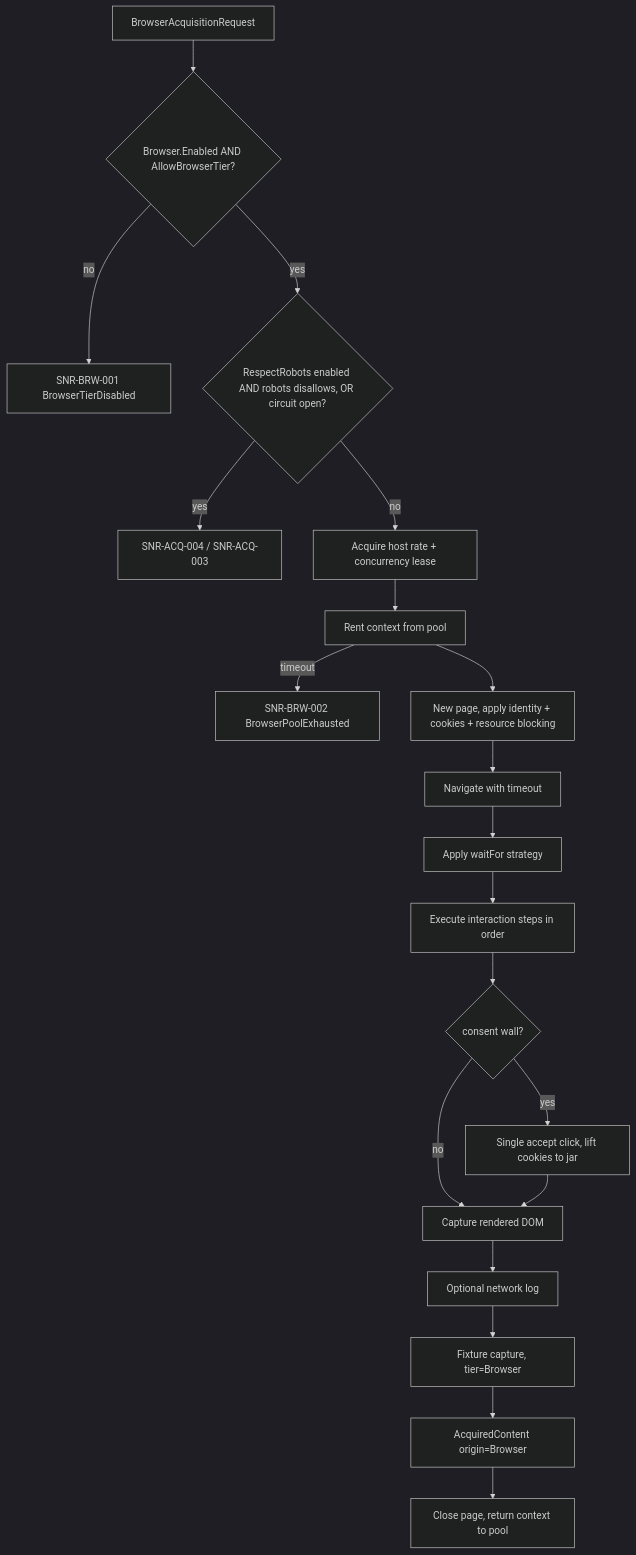
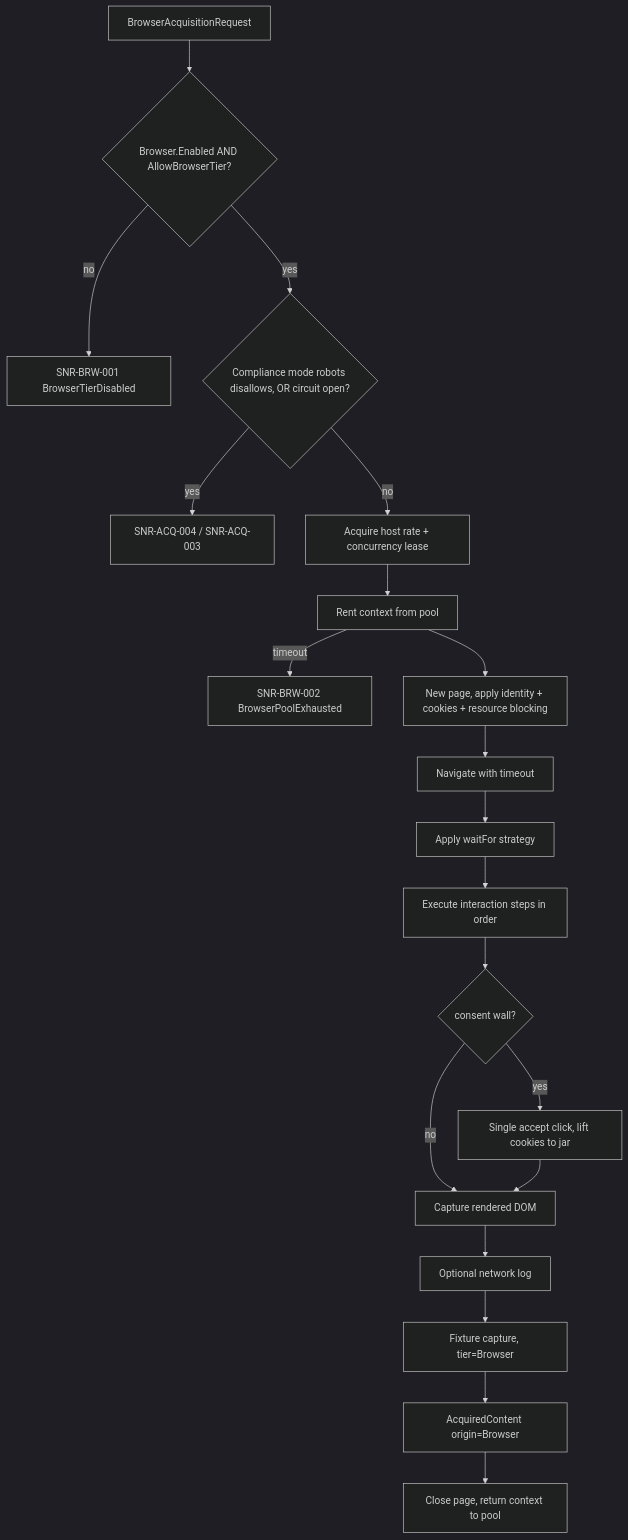
One commit to sommmen/Sanare changed the diagram in docs/features/browser-tier.md. Above: the diagram before and after it, drawn with Mermaid (dark theme). The commit also changed other lines of this file and 10 other files, not shown here.

````diff
--- a/docs/features/browser-tier.md
+++ b/docs/features/browser-tier.md
@@ -91,22 +86,22 @@
 ```mermaid
 flowchart TD
     A[BrowserAcquisitionRequest] --> B{Browser.Enabled AND AllowBrowserTier?}
     B -- no --> C[SNR-BRW-001 BrowserTierDisabled]
-    B -- yes --> D{RespectRobots enabled AND robots disallows, OR circuit open?}
+    B -- yes --> D{Compliance mode robots disallows, OR circuit open?}
     D -- yes --> E[SNR-ACQ-004 / SNR-ACQ-003]
     D -- no --> F[Acquire host rate + concurrency lease]
     F --> G[Rent context from pool]
     G -->|timeout| H[SNR-BRW-002 BrowserPoolExhausted]
     G --> I[New page, apply identity + cookies + resource blocking]
     I --> J[Navigate with timeout]
     J --> K[Apply waitFor strategy]
     K --> L[Execute interaction steps in order]
     L --> M{consent wall?}
     M -- yes --> N[Single accept click, lift cookies to jar]
     M -- no --> O[Capture rendered DOM]
     N --> O
     O --> P[Optional network log]
     P --> Q[Fixture capture, tier=Browser]
     Q --> R[AcquiredContent origin=Browser]
     R --> S[Close page, return context to pool]
 ```
````
